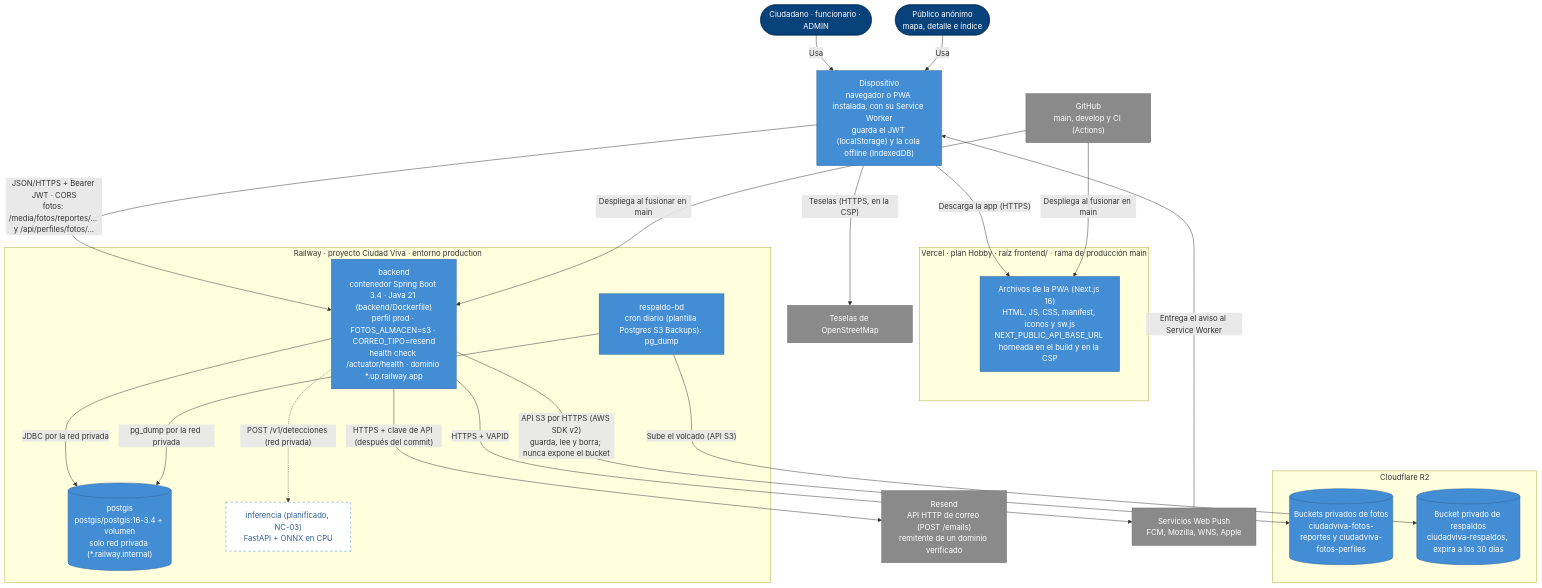
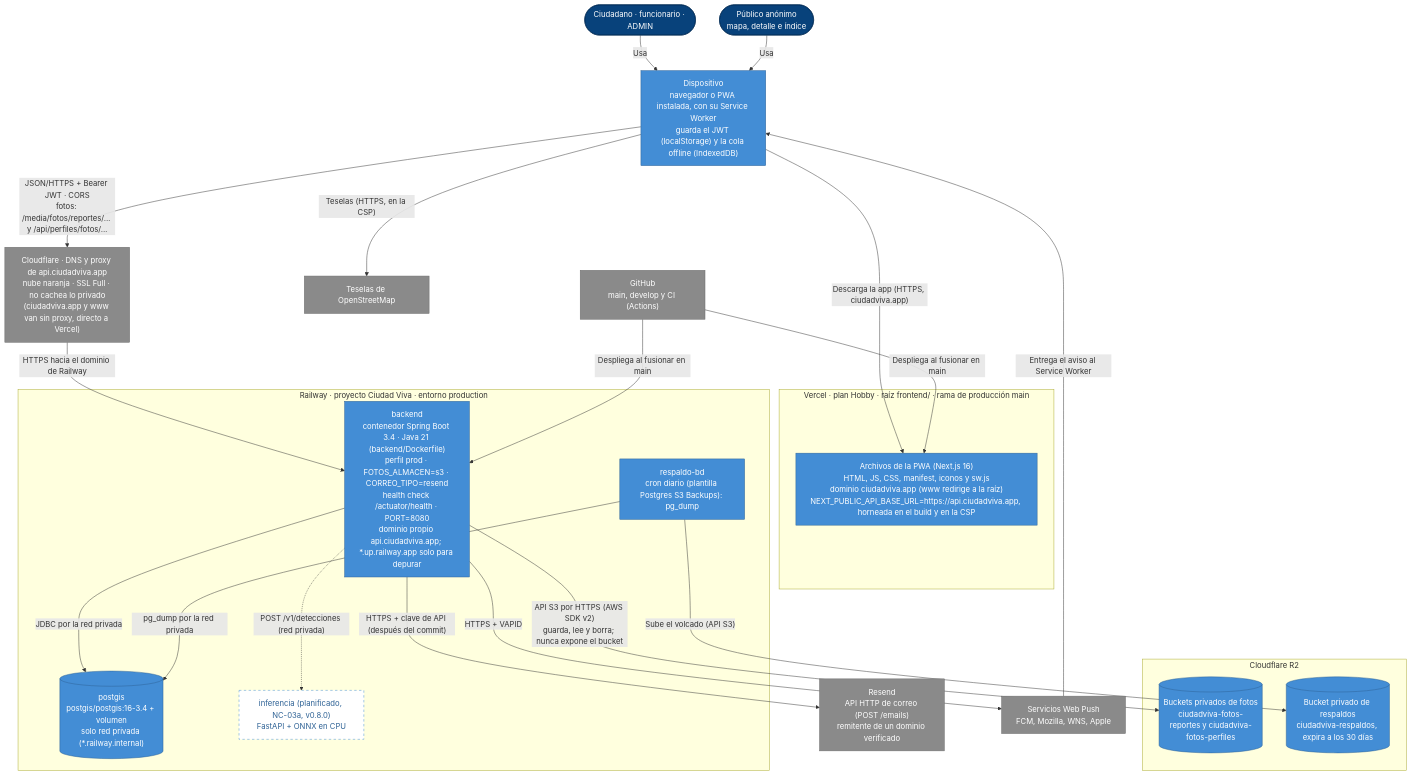
Before and after one commit to TP202620041/tesis: the diagram in docs/arquitectura/c4-despliegue.md, drawn with Mermaid. The commit also changed other lines of this file and 4 other files, not shown here.

````diff
--- a/docs/arquitectura/c4-despliegue.md
+++ b/docs/arquitectura/c4-despliegue.md
@@ -5,53 +5,56 @@
 ```mermaid
 flowchart TB
   persona(["Ciudadano · funcionario · ADMIN"])
   publico(["Público anónimo<br/>mapa, detalle e índice"])
 
   dispositivo["Dispositivo<br/>navegador o PWA instalada, con su Service Worker<br/>guarda el JWT (localStorage) y la cola offline (IndexedDB)"]
 
   subgraph vercel["Vercel · plan Hobby · raíz frontend/ · rama de producción main"]
-    pwa["Archivos de la PWA (Next.js 16)<br/>HTML, JS, CSS, manifest, iconos y sw.js<br/>NEXT_PUBLIC_API_BASE_URL horneada en el build y en la CSP"]
+    pwa["Archivos de la PWA (Next.js 16)<br/>HTML, JS, CSS, manifest, iconos y sw.js<br/>dominio ciudadviva.app (www redirige a la raíz)<br/>NEXT_PUBLIC_API_BASE_URL=https://api.ciudadviva.app, horneada en el build y en la CSP"]
   end
 
+  proxy["Cloudflare · DNS y proxy de api.ciudadviva.app<br/>nube naranja · SSL Full · no cachea lo privado<br/>(ciudadviva.app y www van sin proxy, directo a Vercel)"]
+
   subgraph railway["Railway · proyecto Ciudad Viva · entorno production"]
-    api["backend<br/>contenedor Spring Boot 3.4 · Java 21 (backend/Dockerfile)<br/>perfil prod · FOTOS_ALMACEN=s3 · CORREO_TIPO=resend<br/>health check /actuator/health · dominio *.up.railway.app"]
+    api["backend<br/>contenedor Spring Boot 3.4 · Java 21 (backend/Dockerfile)<br/>perfil prod · FOTOS_ALMACEN=s3 · CORREO_TIPO=resend<br/>health check /actuator/health · PORT=8080<br/>dominio propio api.ciudadviva.app; *.up.railway.app solo para depurar"]
     db[("postgis<br/>postgis/postgis:16-3.4 + volumen<br/>solo red privada (*.railway.internal)")]
     respaldo["respaldo-bd<br/>cron diario (plantilla Postgres S3 Backups): pg_dump"]
-    inferencia["inferencia (planificado, NC-03)<br/>FastAPI + ONNX en CPU"]
+    inferencia["inferencia (planificado, NC-03a, v0.8.0)<br/>FastAPI + ONNX en CPU"]
   end
 
   subgraph cloudflare["Cloudflare R2"]
     fotos[("Buckets privados de fotos<br/>ciudadviva-fotos-reportes y ciudadviva-fotos-perfiles")]
     copias[("Bucket privado de respaldos<br/>ciudadviva-respaldos, expira a los 30 días")]
   end
 
   correo["Resend<br/>API HTTP de correo (POST /emails)<br/>remitente de un dominio verificado"]
   push["Servicios Web Push<br/>FCM, Mozilla, WNS, Apple"]
   osm["Teselas de OpenStreetMap"]
   github["GitHub<br/>main, develop y CI (Actions)"]
 
   persona -->|"Usa"| dispositivo
   publico -->|"Usa"| dispositivo
-  dispositivo -->|"Descarga la app (HTTPS)"| pwa
-  dispositivo -->|"JSON/HTTPS + Bearer JWT · CORS<br/>fotos: /media/fotos/reportes/… y /api/perfiles/fotos/…"| api
+  dispositivo -->|"Descarga la app (HTTPS, ciudadviva.app)"| pwa
+  dispositivo -->|"JSON/HTTPS + Bearer JWT · CORS<br/>fotos: /media/fotos/reportes/… y /api/perfiles/fotos/…"| proxy
+  proxy -->|"HTTPS hacia el dominio de Railway"| api
   dispositivo -->|"Teselas (HTTPS, en la CSP)"| osm
   api -->|"JDBC por la red privada"| db
   api -->|"API S3 por HTTPS (AWS SDK v2)<br/>guarda, lee y borra; nunca expone el bucket"| fotos
   api -->|"HTTPS + clave de API (después del commit)"| correo
   api -->|"HTTPS + VAPID"| push
   push -->|"Entrega el aviso al Service Worker"| dispositivo
   api -.->|"POST /v1/detecciones (red privada)"| inferencia
   respaldo -->|"pg_dump por la red privada"| db
   respaldo -->|"Sube el volcado (API S3)"| copias
   github -->|"Despliega al fusionar en main"| pwa
   github -->|"Despliega al fusionar en main"| api
 
   classDef persona fill:#08427b,stroke:#052e56,color:#ffffff
   classDef contenedor fill:#438dd5,stroke:#2e6295,color:#ffffff
   classDef externo fill:#8a8a8a,stroke:#6b6b6b,color:#ffffff
   classDef planificado fill:#ffffff,stroke:#438dd5,stroke-dasharray:5 5,color:#2e6295
   class persona,publico persona
   class dispositivo,pwa,api,db,respaldo,fotos,copias contenedor
-  class correo,push,osm,github externo
+  class correo,push,osm,github,proxy externo
   class inferencia planificado
 ```
````
